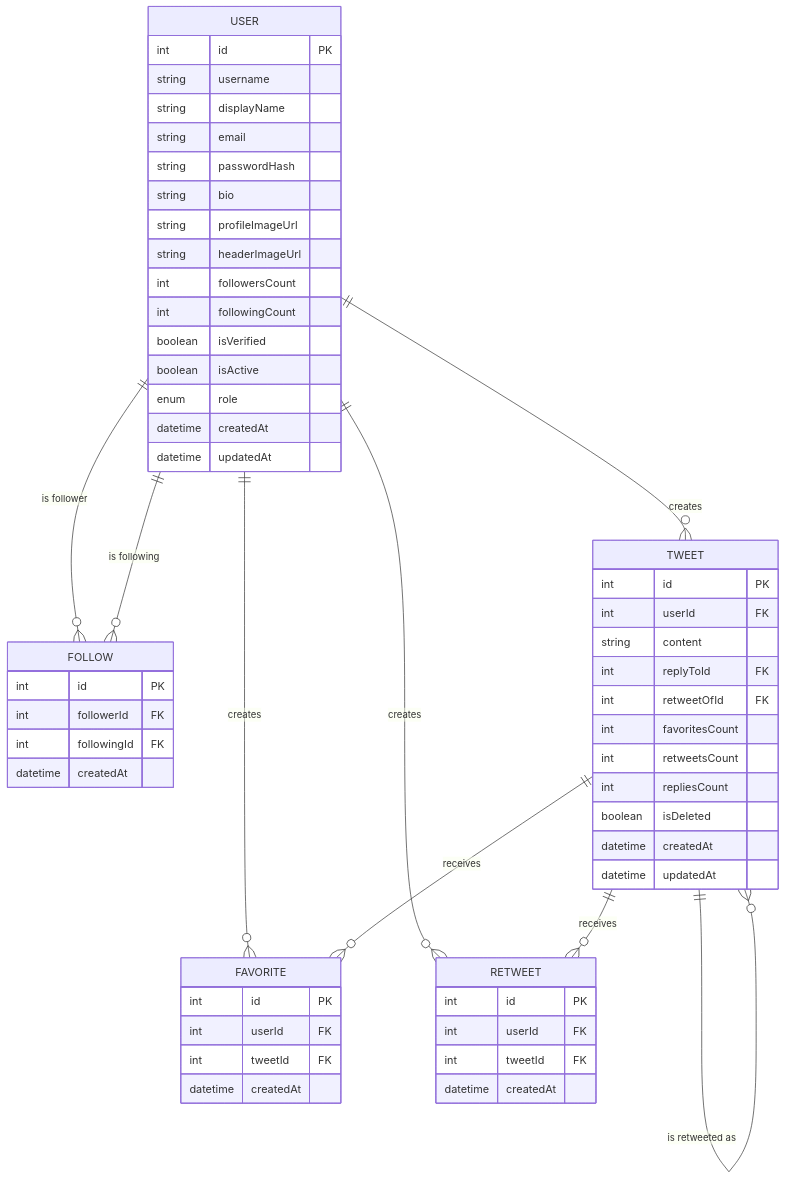
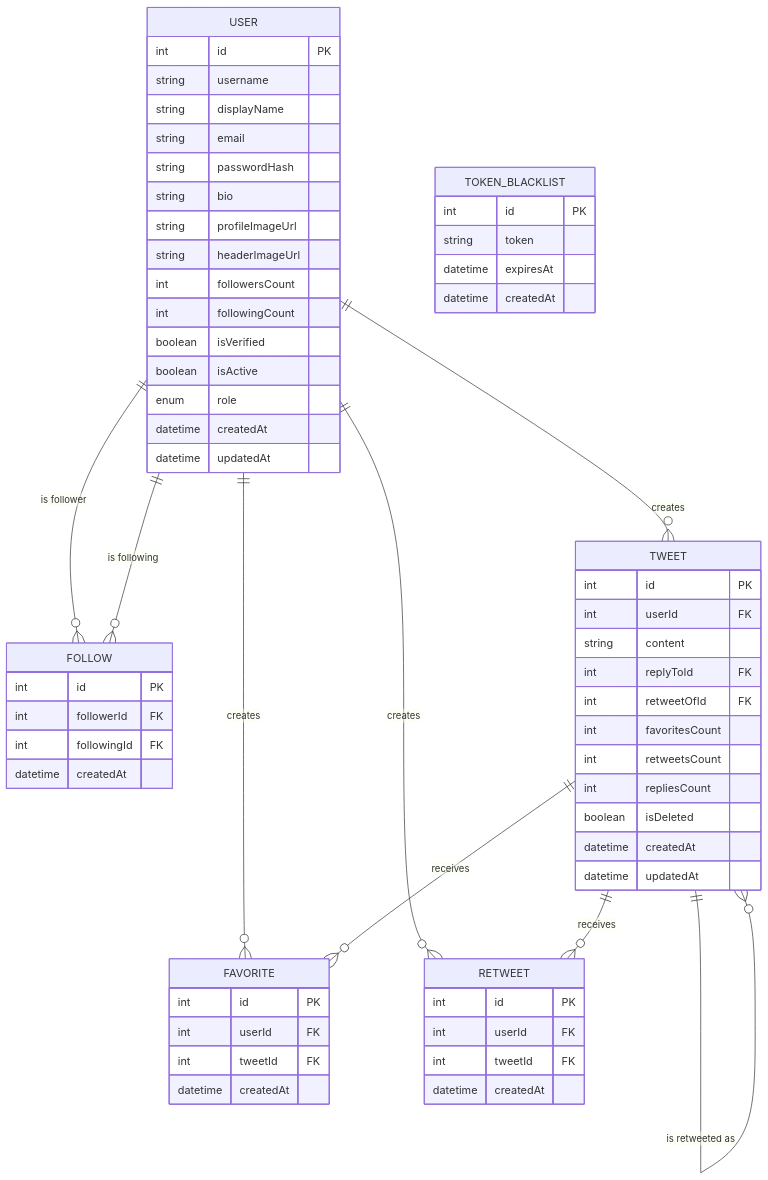
The second of 3 diagrams in memory-bank/systemPatterns.md (tk1351/x-echo), drawn with Mermaid before and after one commit. The commit also changed other lines of this file and 5 other files, not shown here.

````diff
--- a/memory-bank/systemPatterns.md
+++ b/memory-bank/systemPatterns.md
@@ -115,65 +115,72 @@
 ```mermaid
 erDiagram
     USER {
         int id PK
         string username
         string displayName
         string email
         string passwordHash
         string bio
         string profileImageUrl
         string headerImageUrl
         int followersCount
         int followingCount
         boolean isVerified
         boolean isActive
         enum role
         datetime createdAt
         datetime updatedAt
+    }
+
+    TOKEN_BLACKLIST {
+        int id PK
+        string token
+        datetime expiresAt
+        datetime createdAt
     }
 
     FOLLOW {
         int id PK
         int followerId FK
         int followingId FK
         datetime createdAt
     }
 
     TWEET {
         int id PK
         int userId FK
         string content
         int replyToId FK
         int retweetOfId FK
         int favoritesCount
         int retweetsCount
         int repliesCount
         boolean isDeleted
         datetime createdAt
         datetime updatedAt
     }
 
     FAVORITE {
         int id PK
         int userId FK
         int tweetId FK
         datetime createdAt
     }
 
     RETWEET {
         int id PK
         int userId FK
         int tweetId FK
         datetime createdAt
     }
 
     USER ||--o{ TWEET : "creates"
     USER ||--o{ FAVORITE : "creates"
     USER ||--o{ RETWEET : "creates"
     USER ||--o{ FOLLOW : "is follower"
     USER ||--o{ FOLLOW : "is following"
     TWEET ||--o{ FAVORITE : "receives"
     TWEET ||--o{ RETWEET : "receives"
     TWEET ||--o{ TWEET : "is replied to by"
     TWEET ||--o{ TWEET : "is retweeted as"
 ```
````
